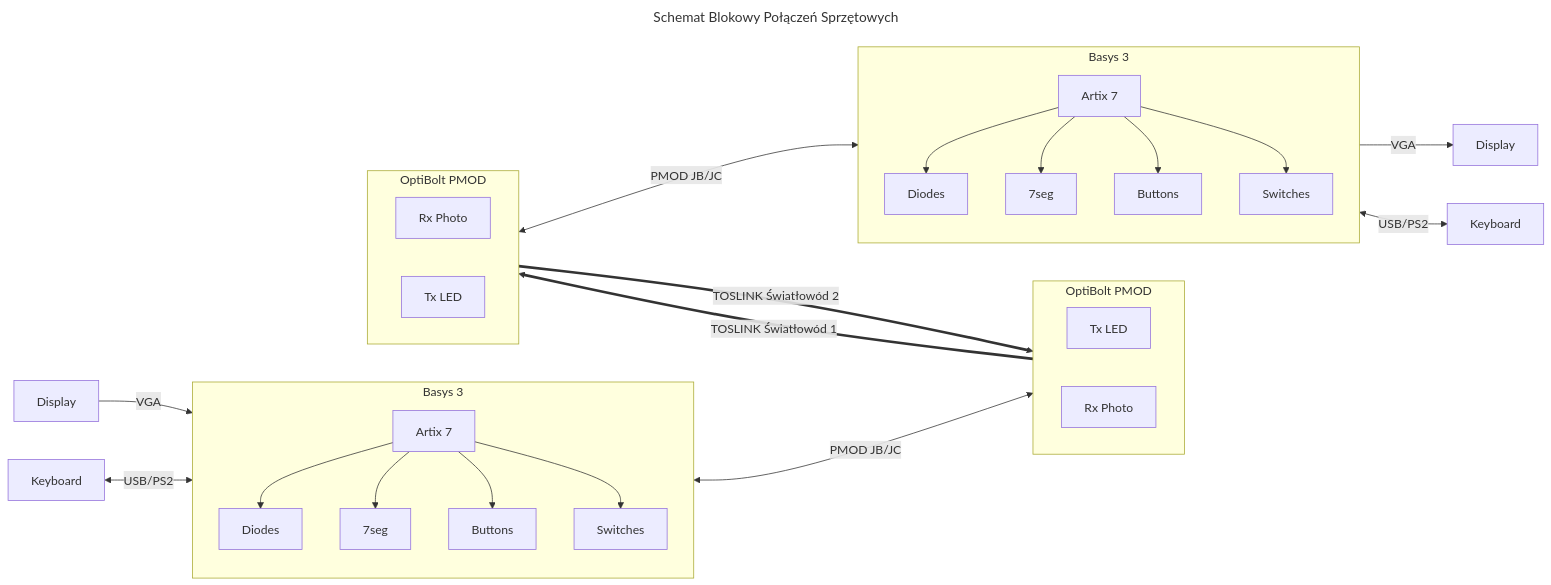
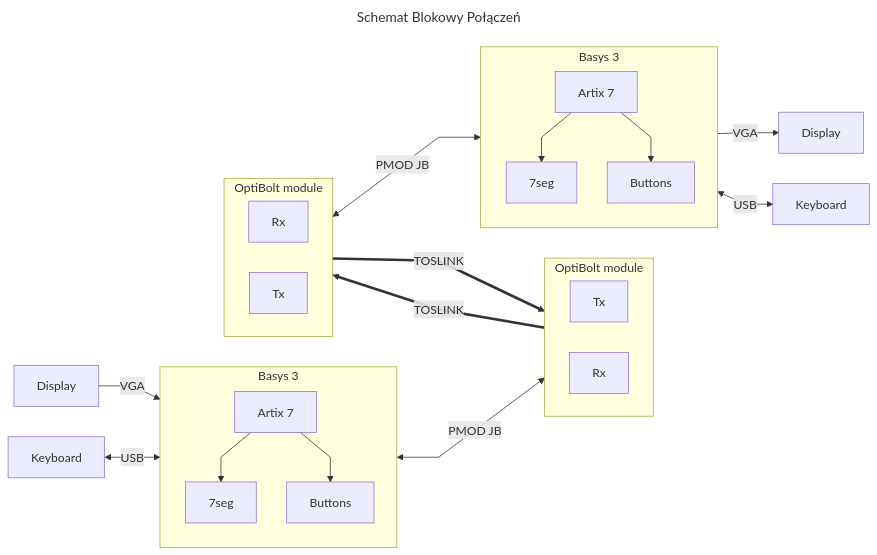
One commit to Ziemniaczenka/OptiBolt-protocol-and-evaluation changed the diagram in doc/schematic/hardware_schematic.mmd. Above: the diagram before and after it, drawn with Mermaid. The commit also changed 8 other files, not shown here.

Commit message:
Add graphs for raport

```diff
--- a/doc/schematic/hardware_schematic.mmd
+++ b/doc/schematic/hardware_schematic.mmd
@@ -1,51 +1,54 @@
 ---
-title: Schemat Blokowy Połączeń Sprzętowych
+title: Schemat Blokowy Połączeń
 ---
+%%{init: {'flowchart': {'curve': 'linear', 'nodeSpacing': 40, 'rankSpacing': 40}}}%%
 flowchart LR
+  
   %% --- Left Board ---
+
   Disp1[Display] --> |VGA| Basys1 
-  Kb1[Keyboard] <--> |USB/PS2| Basys1
+  Kb1[Keyboard] <--> |USB| Basys1
 
   subgraph Basys1[Basys 3]
     direction TB
     CPU1[Artix 7]
-    CPU1 --> D1[Diodes]
     CPU1 --> 7seg1[7seg]
     CPU1 --> B1[Buttons]
-    CPU1 --> Sw1[Switches]
+
   end
 
   %% --- Left OptiBolt ---
-  subgraph OB1[OptiBolt PMOD]
+  subgraph OB1[OptiBolt module]
     direction LR
-    Tx1[Tx LED]
-    Rx1[Rx Photo]
+    Tx1[Tx]
+    Rx1[Rx]
   end
 
-  Basys1 <--> |PMOD JB/JC| OB1
+  Basys1 <--> |PMOD JB| OB1
+
+  %% --- Right OptiBolt ---
+  subgraph OB2[OptiBolt module]
+    direction LR
+    Rx2[Rx]
+    Tx2[Tx]
+  end
 
   %% --- Central Optical Link ---
-  Tx1 ==> |TOSLINK Światłowód 1| Rx2 
-  Tx2 ==> |TOSLINK Światłowód 2| Rx1 
+  Tx1 ==> |TOSLINK| Rx2 
+  Rx1 ~~~  Tx2 ==> |TOSLINK| Rx1 
+  Tx2 ~~~ Rx1
 
-  %% --- Right OptiBolt ---
-  subgraph OB2[OptiBolt PMOD]
-    direction LR
-    Rx2[Rx Photo]
-    Tx2[Tx LED]
-  end
-
-  OB2 <--> |PMOD JB/JC| Basys2
+  OB2 <--> |PMOD JB| Basys2
 
   %% --- Right Board ---
+
   subgraph Basys2[Basys 3]
     direction TB
     CPU2[Artix 7]
-    CPU2 --> D2[Diodes]
+
     CPU2 --> 7seg2[7seg]
     CPU2 --> B2[Buttons]
-    CPU2 --> Sw2[Switches]
   end
   
   Basys2 --> |VGA| Disp2[Display]
-  Basys2 <--> |USB/PS2| Kb2[Keyboard]
+  Basys2 <--> |USB| Kb2[Keyboard]
```
